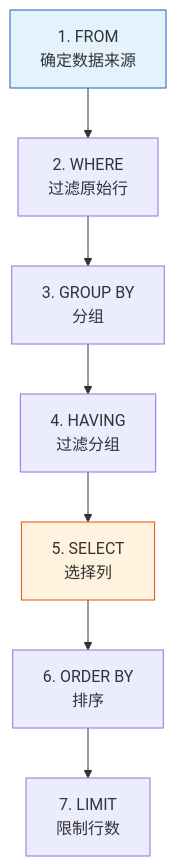
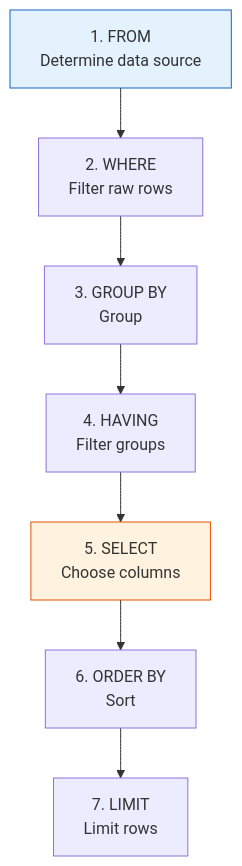
Before and after one commit to oudbiao/AI-fullstack-course: the third of 4 diagrams in docs/ch03-data-analysis/ch05-database/02-sql-basics.md, drawn with Mermaid. The commit also changed other lines of this file and 1406 other files, not shown here.

````diff
--- a/docs/ch03-data-analysis/ch05-database/02-sql-basics.md
+++ b/docs/ch03-data-analysis/ch05-database/02-sql-basics.md
@@ -365,12 +363,12 @@
 ```mermaid
 flowchart TD
-    A["1. FROM<br/>确定数据来源"] --> B["2. WHERE<br/>过滤原始行"]
-    B --> C["3. GROUP BY<br/>分组"]
-    C --> D["4. HAVING<br/>过滤分组"]
-    D --> E["5. SELECT<br/>选择列"]
-    E --> F["6. ORDER BY<br/>排序"]
-    F --> G["7. LIMIT<br/>限制行数"]
+    A["1. FROM<br/>Determine data source"] --> B["2. WHERE<br/>Filter raw rows"]
+    B --> C["3. GROUP BY<br/>Group"]
+    C --> D["4. HAVING<br/>Filter groups"]
+    D --> E["5. SELECT<br/>Choose columns"]
+    E --> F["6. ORDER BY<br/>Sort"]
+    F --> G["7. LIMIT<br/>Limit rows"]
 
     style A fill:#e3f2fd,stroke:#1565c0,color:#333
     style E fill:#fff3e0,stroke:#e65100,color:#333
 ```
````
